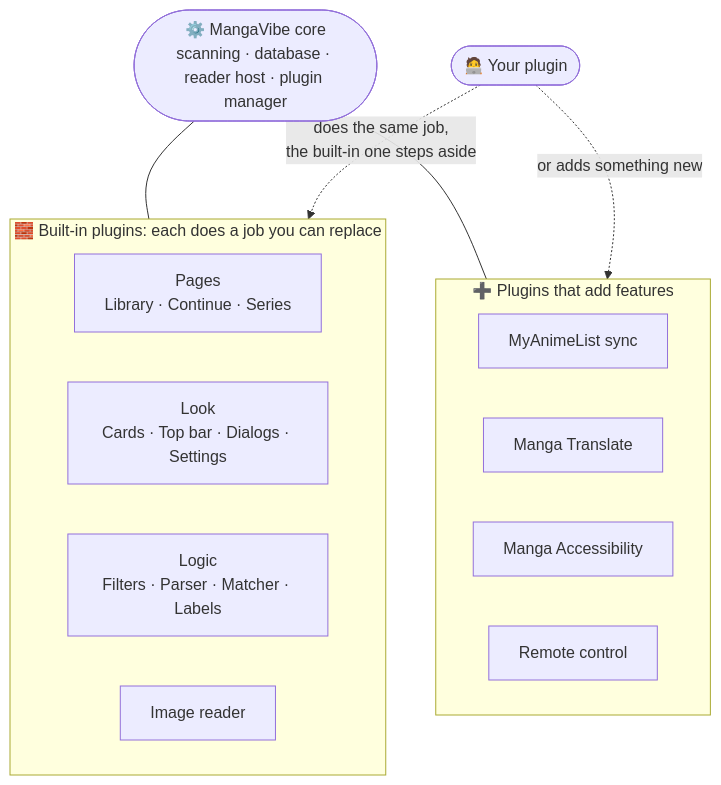
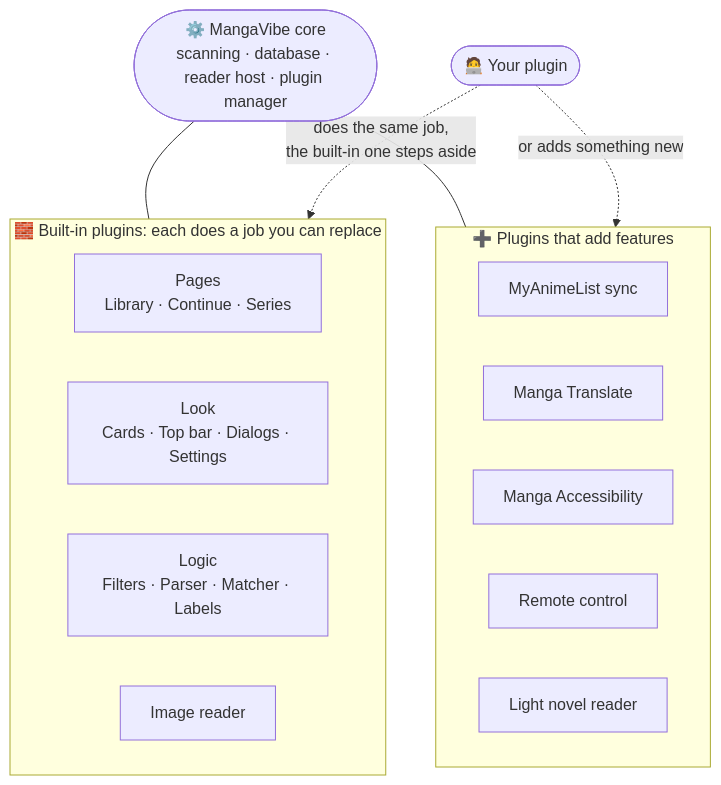
Before and after one commit to ivokolarov0/manga-vibe: the first of 2 diagrams in README.md, drawn with Mermaid. The commit also changed other lines of this file and 1 other file, not shown here.

First line of the commit message:
Docs: list the Light novel reader plugin

````diff
--- a/README.md
+++ b/README.md
@@ -204,25 +206,26 @@
 ```mermaid
 flowchart TB
     core(["⚙️ MangaVibe core<br/>scanning · database · reader host · plugin manager"])
 
     subgraph builtin["🧱 Built-in plugins: each does a job you can replace"]
         pages["Pages<br/>Library · Continue · Series"]
         look["Look<br/>Cards · Top bar · Dialogs · Settings"]
         logic["Logic<br/>Filters · Parser · Matcher · Labels"]
         reader["Image reader"]
     end
 
     subgraph added["➕ Plugins that add features"]
         sync["MyAnimeList sync"]
         tr["Manga Translate"]
         a11y["Manga Accessibility"]
         mcp["Remote control"]
+        ln["Light novel reader"]
     end
 
     yours(["🧑‍💻 Your plugin"])
 
     core --- builtin
     core --- added
     yours -. "does the same job,<br/>the built-in one steps aside" .-> builtin
     yours -. "or adds something new" .-> added
 ```
````
